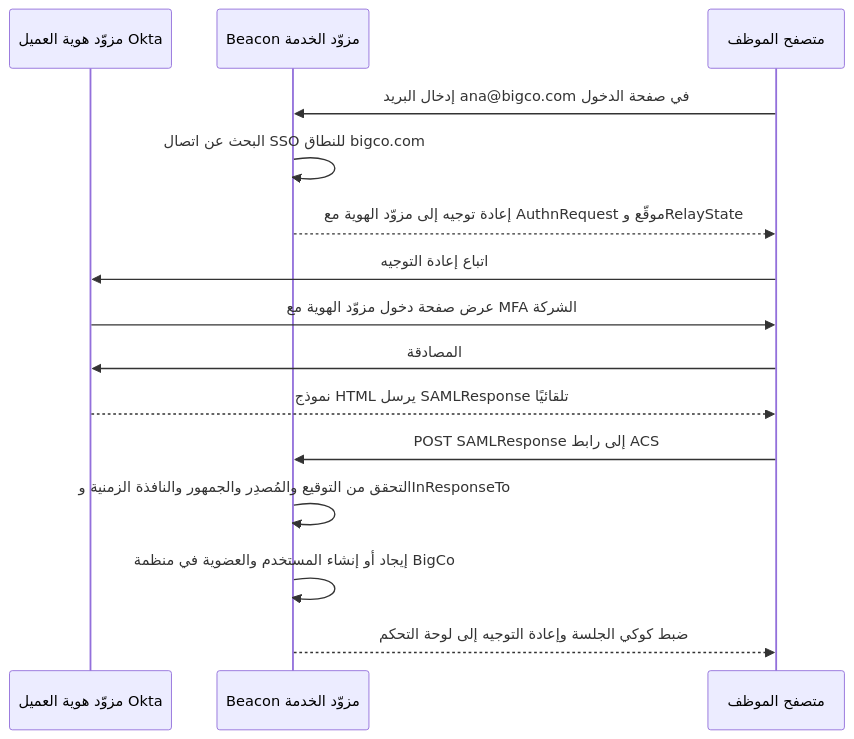
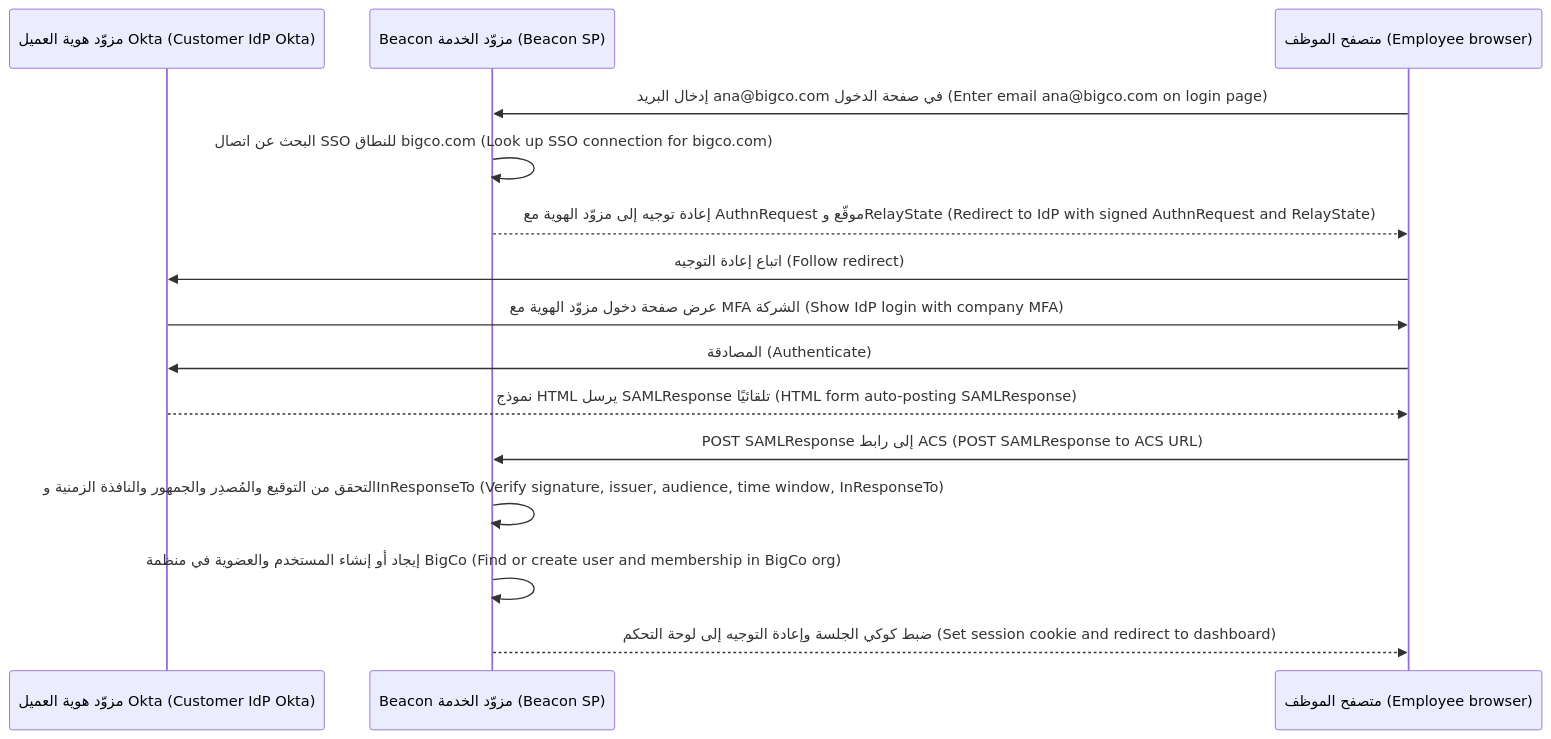
The fifth of 5 diagrams in saas/modules/01-identity-access.ar.md (Tamoura/system-design-for-vibe-coders), drawn with Mermaid before and after one commit. The commit also changed other lines of this file and 62 other files, not shown here.

First line of the commit message:
Arabic editions: English on every diagram label, RTL fixes, rebuild

````diff
--- a/saas/modules/01-identity-access.ar.md
+++ b/saas/modules/01-identity-access.ar.md
@@ -942,17 +942,17 @@
 ```mermaid
 sequenceDiagram
-    participant I as مزوّد هوية العميل Okta
-    participant B as Beacon مزوّد الخدمة
-    participant U as متصفح الموظف
-    U->>B: إدخال البريد ana@bigco.com في صفحة الدخول
-    B->>B: البحث عن اتصال SSO للنطاق bigco.com
-    B-->>U: إعادة توجيه إلى مزوّد الهوية مع AuthnRequest موقّع وRelayState
-    U->>I: اتباع إعادة التوجيه
-    I->>U: عرض صفحة دخول مزوّد الهوية مع MFA الشركة
-    U->>I: المصادقة
-    I-->>U: نموذج HTML يرسل SAMLResponse تلقائيًا
-    U->>B: POST SAMLResponse إلى رابط ACS
-    B->>B: التحقق من التوقيع والمُصدِر والجمهور والنافذة الزمنية وInResponseTo
-    B->>B: إيجاد أو إنشاء المستخدم والعضوية في منظمة BigCo
-    B-->>U: ضبط كوكي الجلسة وإعادة التوجيه إلى لوحة التحكم
+    participant I as مزوّد هوية العميل Okta (Customer IdP Okta)
+    participant B as Beacon مزوّد الخدمة (Beacon SP)
+    participant U as متصفح الموظف (Employee browser)
+    U->>B: إدخال البريد ana@bigco.com في صفحة الدخول (Enter email ana@bigco.com on login page)
+    B->>B: البحث عن اتصال SSO للنطاق bigco.com (Look up SSO connection for bigco.com)
+    B-->>U: إعادة توجيه إلى مزوّد الهوية مع AuthnRequest موقّع وRelayState (Redirect to IdP with signed AuthnRequest and RelayState)
+    U->>I: اتباع إعادة التوجيه (Follow redirect)
+    I->>U: عرض صفحة دخول مزوّد الهوية مع MFA الشركة (Show IdP login with company MFA)
+    U->>I: المصادقة (Authenticate)
+    I-->>U: نموذج HTML يرسل SAMLResponse تلقائيًا (HTML form auto-posting SAMLResponse)
+    U->>B: POST SAMLResponse إلى رابط ACS (POST SAMLResponse to ACS URL)
+    B->>B: التحقق من التوقيع والمُصدِر والجمهور والنافذة الزمنية وInResponseTo (Verify signature, issuer, audience, time window, InResponseTo)
+    B->>B: إيجاد أو إنشاء المستخدم والعضوية في منظمة BigCo (Find or create user and membership in BigCo org)
+    B-->>U: ضبط كوكي الجلسة وإعادة التوجيه إلى لوحة التحكم (Set session cookie and redirect to dashboard)
 ```
````
